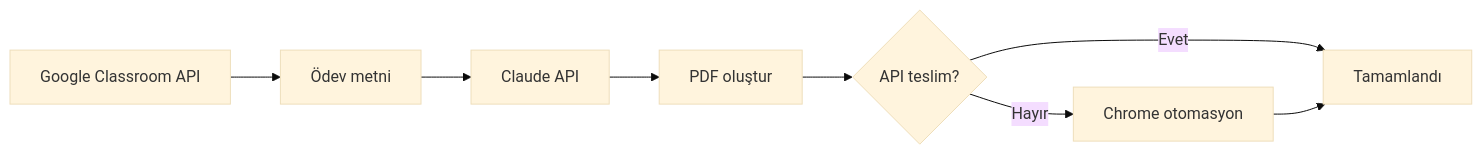
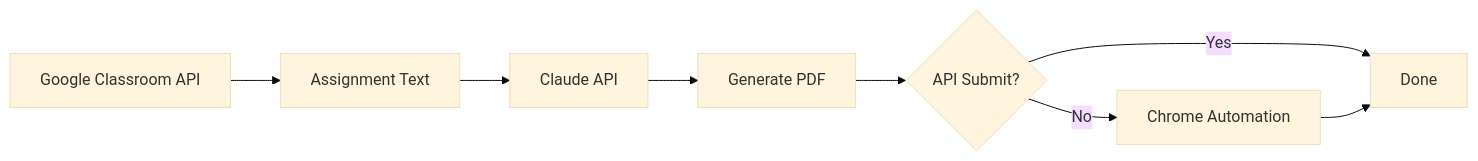
One commit to bekirkocaman/yapay-zeka-odev changed the diagram in README.md. Above: the diagram before and after it, drawn with Mermaid (base theme). The commit also changed other lines of this file, not shown here.

````diff
--- a/README.md
+++ b/README.md
@@ -28,10 +28,10 @@
 ```mermaid
 flowchart LR
-    A[Google Classroom API] --> B[Ödev metni]
+    A[Google Classroom API] --> B[Assignment Text]
     B --> C[Claude API]
-    C --> D[PDF oluştur]
-    D --> E{API teslim?}
-    E -->|Evet| F[Tamamlandı]
-    E -->|Hayır| G[Chrome otomasyon]
+    C --> D[Generate PDF]
+    D --> E{API Submit?}
+    E -->|Yes| F[Done]
+    E -->|No| G[Chrome Automation]
     G --> F
 ```
````
